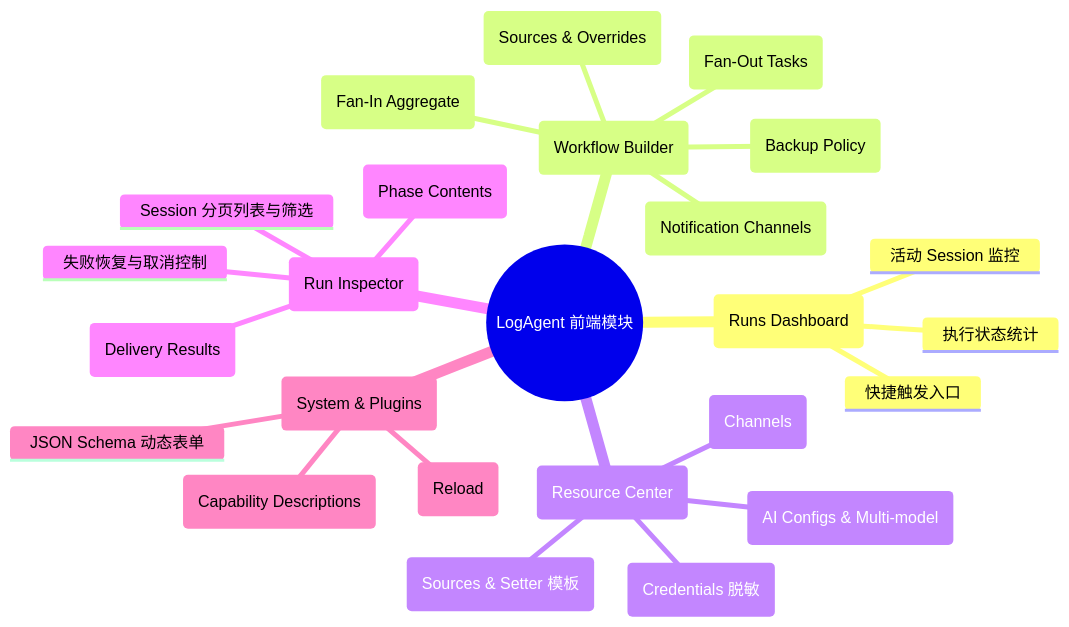
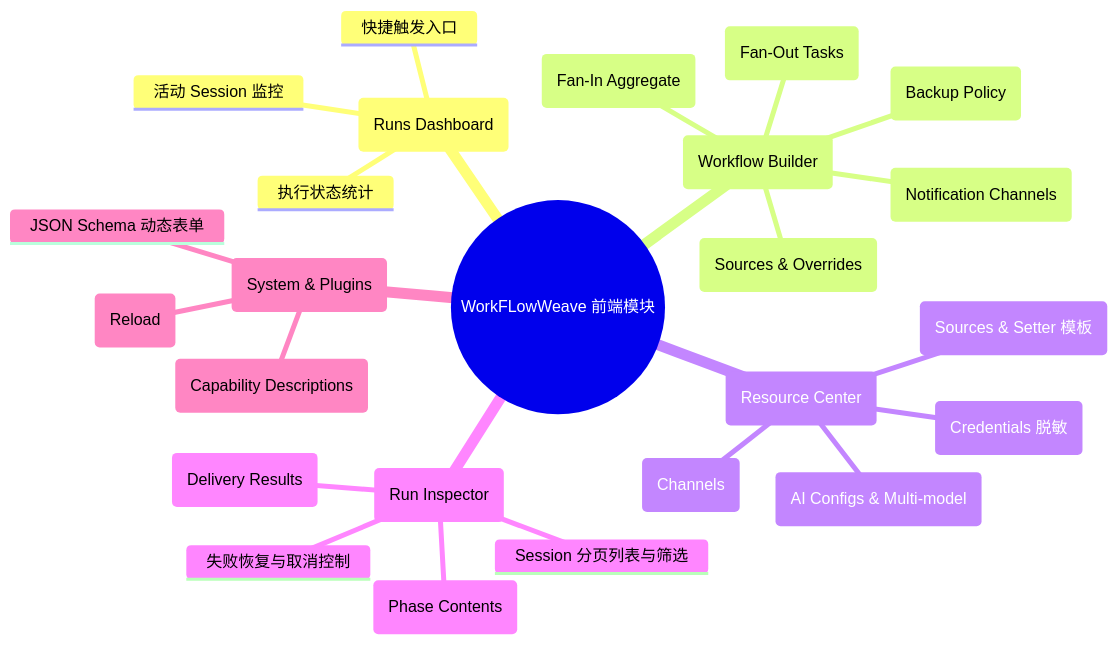
Before and after one commit to striiiiiing/WorkFLowWeave: the second of 2 diagrams in openspec/changes/archive/configurable-collection-analysis-workflow/modules/frontend/design.md, drawn with Mermaid. The commit also changed 552 other files, not shown here.

Commit message:
refactor: rename entire project to WorkFLowWeave

````diff
--- a/openspec/changes/archive/configurable-collection-analysis-workflow/modules/frontend/design.md
+++ b/openspec/changes/archive/configurable-collection-analysis-workflow/modules/frontend/design.md
@@ -192,28 +192,28 @@
 ```mermaid
 mindmap
-  root((LogAgent 前端模块))
+  root((WorkFLowWeave 前端模块))
     运行监控仪表盘 (Runs Dashboard)
       活动 Session 监控
       执行状态统计
       快捷触发入口
     工作流编排器 (Workflow Builder)
       采集阶段配置 (Sources & Overrides)
       并行分析配置 (Fan-Out Tasks)
       汇聚汇总配置 (Fan-In Aggregate)
       通知分发配置 (Notification Channels)
       备份策略设置 (Backup Policy)
     资源配置中心 (Resource Center)
       采集源管理 (Sources & Setter 模板)
       AI 模型配置 (AI Configs & Multi-model)
       通知渠道配置 (Channels)
       安全凭据管理 (Credentials 脱敏)
     运行记录与详情 (Run Inspector)
       Session 分页列表与筛选
       阶段正文浏览器 (Phase Contents)
       失败恢复与取消控制
       交付回执查询 (Delivery Results)
     系统与插件探索 (System & Plugins)
       插件能力目录 (Capability Descriptions)
       JSON Schema 动态表单
       系统健康与热重载 (Reload)
 ```
````
